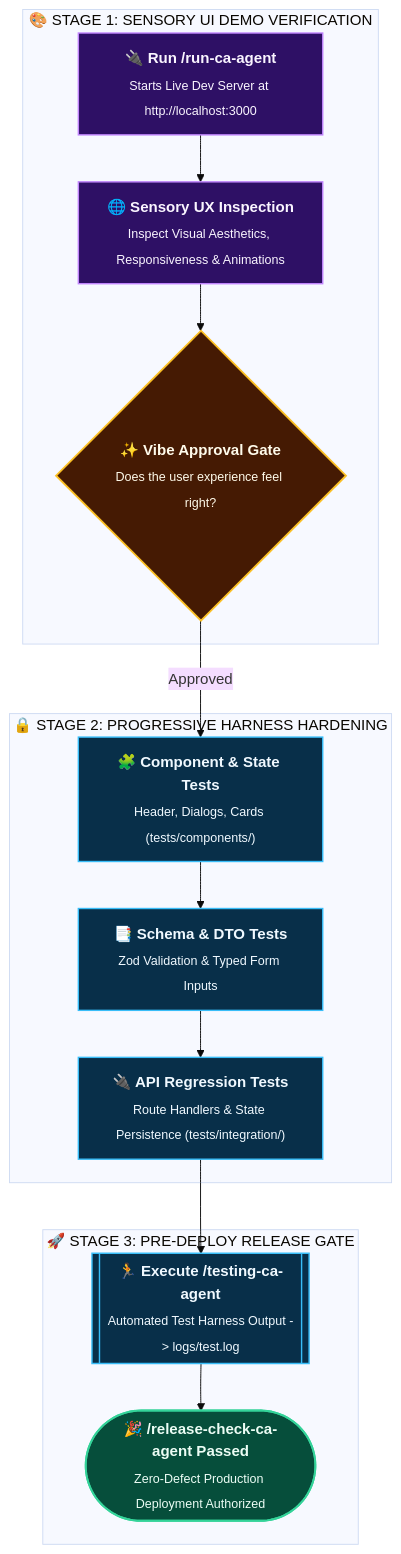
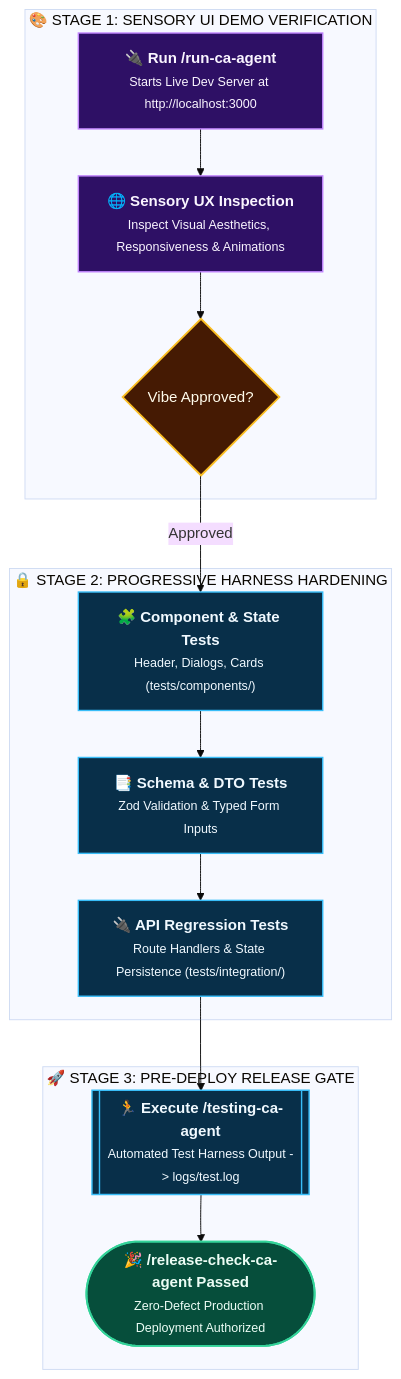
Before and after one commit to rmsofficialsyt/Agentic-AI-Vibe-Coding-AND-SDD-TDD-Codebase-Chandan-Adhikary: the diagram in Vibe-Coding-Chandan-Adhikary/Vibe-Coding/tests/README.md, drawn with Mermaid (base theme). The commit also changed 27 other files, not shown here.

Commit message:
docs: resolve text overlap and scattering across all diagrams via semantic typography and layout contracts

````diff
--- a/Vibe-Coding-Chandan-Adhikary/Vibe-Coding/tests/README.md
+++ b/Vibe-Coding-Chandan-Adhikary/Vibe-Coding/tests/README.md
@@ -25,32 +25,32 @@
 ```mermaid
 flowchart TD
     classDef sensory fill:#2e1065,stroke:#c084fc,stroke-width:1.5px,color:#faf5ff;
     classDef gate fill:#451a03,stroke:#fbbf24,stroke-width:2px,color:#fffbeb;
     classDef harden fill:#082f49,stroke:#38bdf8,stroke-width:1.5px,color:#f0f9ff;
     classDef pass fill:#064e3b,stroke:#34d399,stroke-width:2px,color:#ecfdf5;
 
     subgraph SensoryStage ["🎨 STAGE 1: SENSORY UI DEMO VERIFICATION"]
-        LiveDemo["<b>🔌 Run /run-ca-agent</b><br/><sub>Starts Live Dev Server at http://localhost:3000</sub>"]:::sensory
-        SensoryCheck["<b>🌐 Sensory UX Inspection</b><br/><sub>Inspect Visual Aesthetics, Responsiveness & Animations</sub>"]:::sensory
-        VibeSignOff{"<b>✨ Vibe Approval Gate</b><br/><sub>Does the user experience feel right?</sub>"}:::gate
+        LiveDemo["<b>🔌 Run /run-ca-agent</b><br/><small>Starts Live Dev Server at http://localhost:3000</small>"]:::sensory
+        SensoryCheck["<b>🌐 Sensory UX Inspection</b><br/><small>Inspect Visual Aesthetics, Responsiveness & Animations</small>"]:::sensory
+        VibeSignOff{"Vibe Approved?"}:::gate
     end
 
     subgraph HardeningStage ["🔒 STAGE 2: PROGRESSIVE HARNESS HARDENING"]
-        ComponentTests["<b>🧩 Component & State Tests</b><br/><sub>Header, Dialogs, Cards (tests/components/)</sub>"]:::harden
-        ValidationTests["<b>📑 Schema & DTO Tests</b><br/><sub>Zod Validation & Typed Form Inputs</sub>"]:::harden
-        RegressionTests["<b>🔌 API Regression Tests</b><br/><sub>Route Handlers & State Persistence (tests/integration/)</sub>"]:::harden
+        ComponentTests["<b>🧩 Component & State Tests</b><br/><small>Header, Dialogs, Cards (tests/components/)</small>"]:::harden
+        ValidationTests["<b>📑 Schema & DTO Tests</b><br/><small>Zod Validation & Typed Form Inputs</small>"]:::harden
+        RegressionTests["<b>🔌 API Regression Tests</b><br/><small>Route Handlers & State Persistence (tests/integration/)</small>"]:::harden
     end
 
     subgraph ReleaseStage ["🚀 STAGE 3: PRE-DEPLOY RELEASE GATE"]
-        TestRun[["<b>🏃 Execute /testing-ca-agent</b><br/><sub>Automated Test Harness Output -> logs/test.log</sub>"]]:::harden
-        ShipVerdict(["<b>🎉 /release-check-ca-agent Passed</b><br/><sub>Zero-Defect Production Deployment Authorized</sub>"]):::pass
+        TestRun[["<b>🏃 Execute /testing-ca-agent</b><br/><small>Automated Test Harness Output -> logs/test.log</small>"]]:::harden
+        ShipVerdict(["<b>🎉 /release-check-ca-agent Passed</b><br/><small>Zero-Defect Production Deployment Authorized</small>"]):::pass
     end
 
     LiveDemo --> SensoryCheck
     SensoryCheck --> VibeSignOff
     VibeSignOff -->|"Approved"| ComponentTests
     ComponentTests --> ValidationTests
     ValidationTests --> RegressionTests
     RegressionTests --> TestRun
     TestRun --> ShipVerdict
 ```
````
